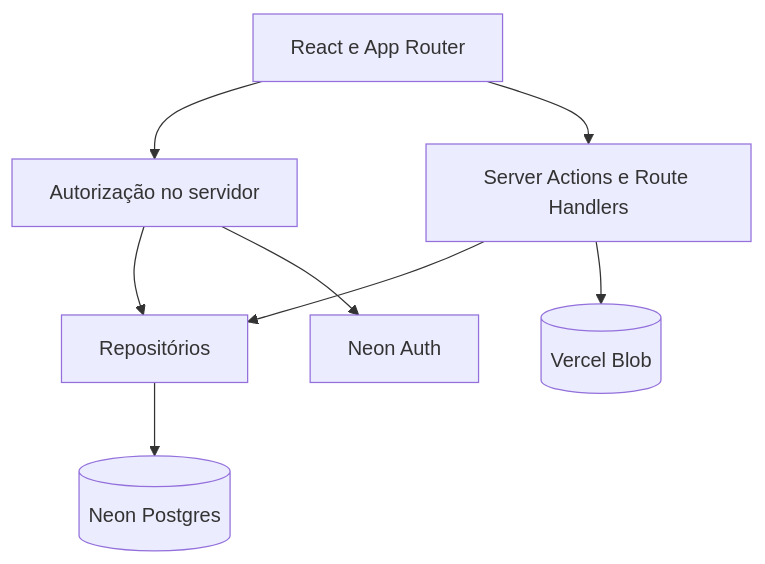
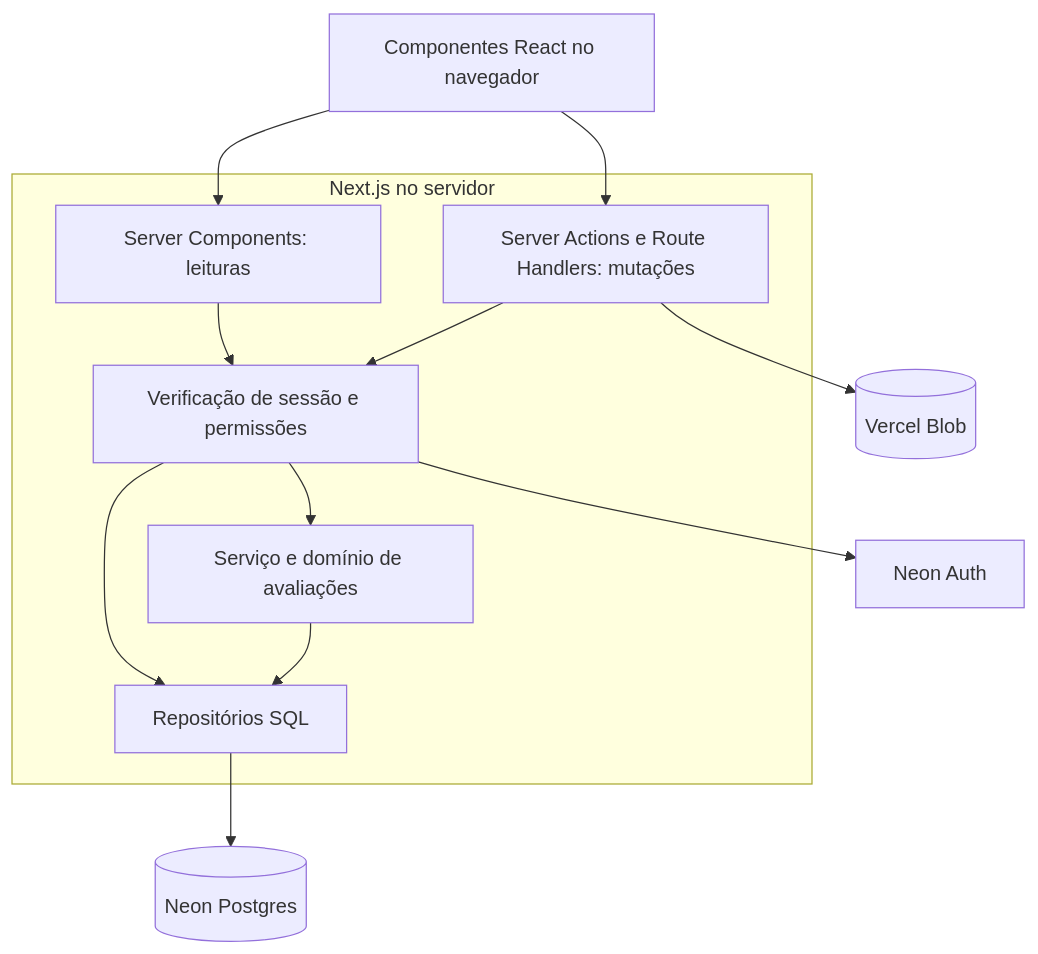
The second of 3 diagrams in README.md (Lucas-Cofcewicz-Faria/crateristas), drawn with Mermaid before and after one commit. The commit also changed other lines of this file and 1 other file, not shown here.

````diff
--- a/README.md
+++ b/README.md
@@ -116,10 +143,20 @@
 ```mermaid
 flowchart TD
-    UI[React e App Router] --> AUTH[Autorização no servidor]
-    UI --> API[Server Actions e Route Handlers]
-    AUTH --> REPO[Repositórios]
-    API --> REPO
+    UI[Componentes React no navegador] --> READ
+    UI --> WRITE
+    subgraph SERVER[Next.js no servidor]
+      READ[Server Components: leituras]
+      WRITE[Server Actions e Route Handlers: mutações]
+      AUTH[Verificação de sessão e permissões]
+      DOMAIN[Serviço e domínio de avaliações]
+      REPO[Repositórios SQL]
+      READ --> AUTH
+      WRITE --> AUTH
+      AUTH --> DOMAIN
+      AUTH --> REPO
+      DOMAIN --> REPO
+    end
     REPO --> DB[(Neon Postgres)]
-    API --> BLOB[(Vercel Blob)]
+    WRITE --> BLOB[(Vercel Blob)]
     AUTH --> NEON[Neon Auth]
 ```
````
